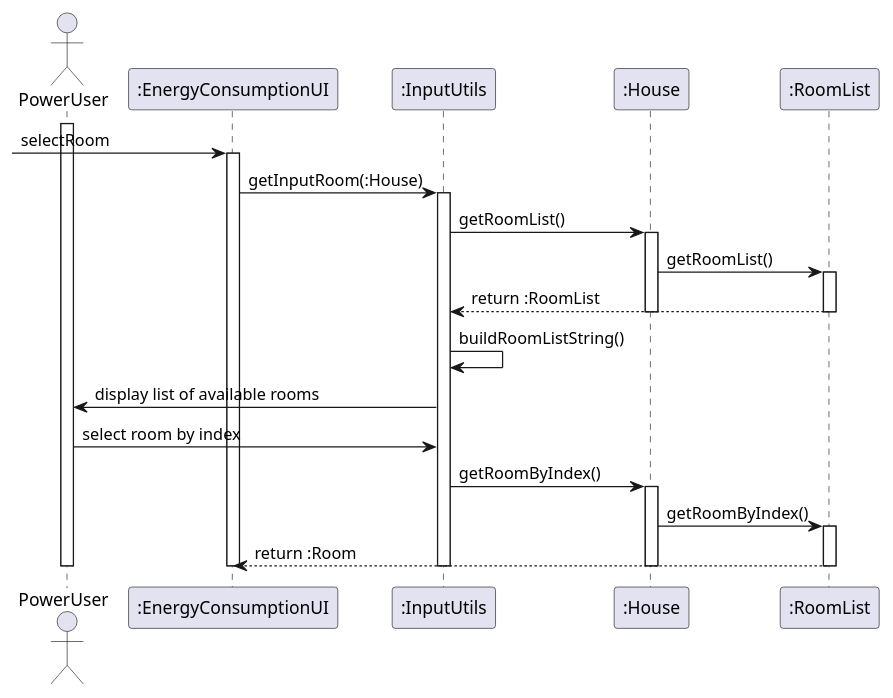
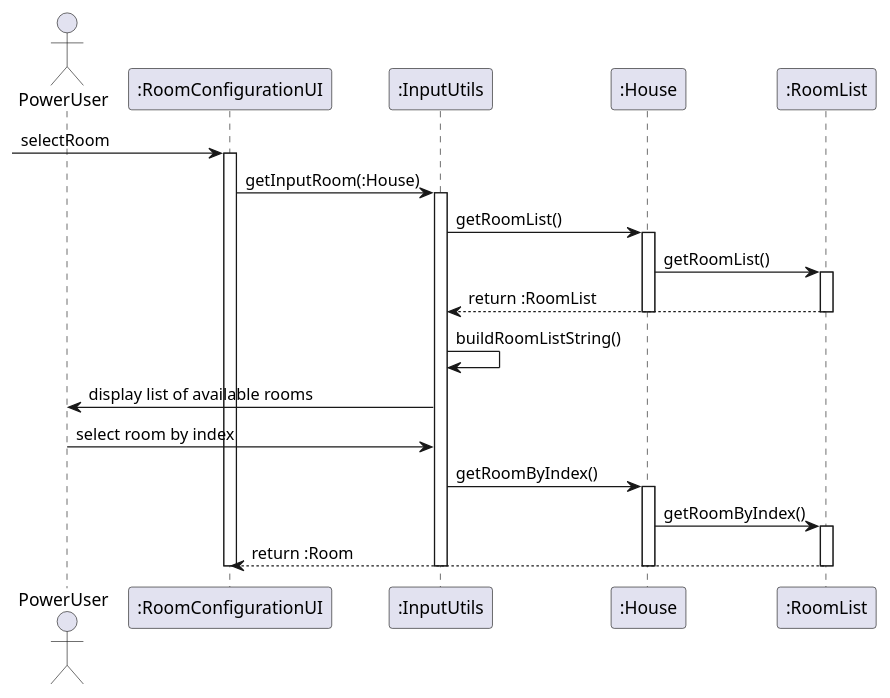
The diagram in uml/US222/US222 Ref Select Room.puml (Almadanmp/project), drawn with PlantUML before and after one commit. The commit also changed 2 other files, not shown here.

Commit message:
#103 - UML Sequence Diagram

```diff
--- a/uml/US222/US222 Ref Select Room.puml
+++ b/uml/US222/US222 Ref Select Room.puml
@@ -1,30 +1,28 @@
 @startuml
 
 actor PowerUser
 
-activate PowerUser
--> ":EnergyConsumptionUI": selectRoom
-activate ":EnergyConsumptionUI"
-":EnergyConsumptionUI" -> ":InputUtils": getInputRoom(:House)
+-> ":RoomConfigurationUI": selectRoom
+activate ":RoomConfigurationUI"
+":RoomConfigurationUI" -> ":InputUtils": getInputRoom(:House)
 activate ":InputUtils"
 ":InputUtils" -> ":House": getRoomList()
 activate ":House"
 ":House" -> ":RoomList": getRoomList()
 activate ":RoomList"
 ":RoomList" --> ":InputUtils": return :RoomList
 deactivate ":RoomList"
 deactivate ":House"
 ":InputUtils" -> ":InputUtils": buildRoomListString()
 ":InputUtils" -> PowerUser: display list of available rooms
 PowerUser -> ":InputUtils": select room by index
 ":InputUtils" -> ":House": getRoomByIndex()
 activate ":House"
 ":House" -> ":RoomList": getRoomByIndex()
 activate ":RoomList"
-":RoomList" --> ":EnergyConsumptionUI" : return :Room
+":RoomList" --> ":RoomConfigurationUI" : return :Room
 deactivate ":RoomList"
 deactivate ":House"
-deactivate PowerUser
-deactivate ":EnergyConsumptionUI"
+deactivate ":RoomConfigurationUI"
 deactivate ":InputUtils"
 @enduml
```
